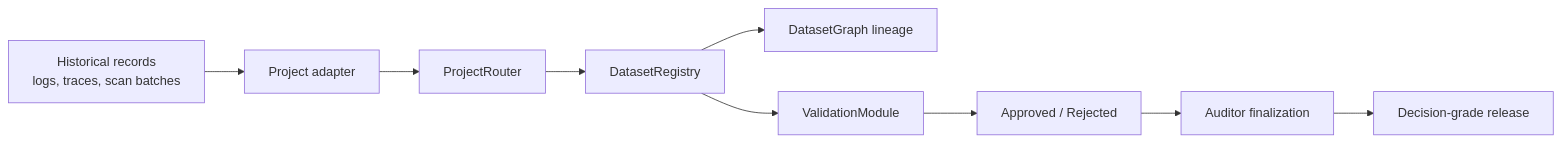
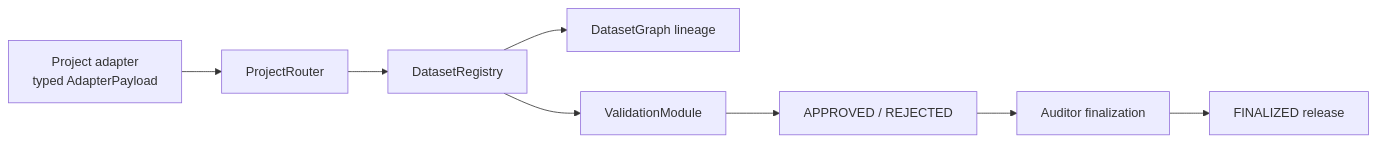
One commit to zrt219/DatumX changed the diagram in README.md. Above: the diagram before and after it, drawn with Mermaid. The commit also changed other lines of this file and 5 other files, not shown here.

````diff
--- a/README.md
+++ b/README.md
@@ -56,11 +169,10 @@
 ```mermaid
 flowchart LR
-  A["Historical records<br/>logs, traces, scan batches"] --> B["Project adapter"]
-  B --> C["ProjectRouter"]
-  C --> D["DatasetRegistry"]
-  D --> E["DatasetGraph lineage"]
-  D --> F["ValidationModule"]
-  F --> G["Approved / Rejected"]
-  G --> H["Auditor finalization"]
-  H --> I["Decision-grade release"]
+  A["Project adapter<br/>typed AdapterPayload"] --> B["ProjectRouter"]
+  B --> C["DatasetRegistry"]
+  C --> D["DatasetGraph lineage"]
+  C --> E["ValidationModule"]
+  E --> F["APPROVED / REJECTED"]
+  F --> G["Auditor finalization"]
+  G --> H["FINALIZED release"]
 ```
````
